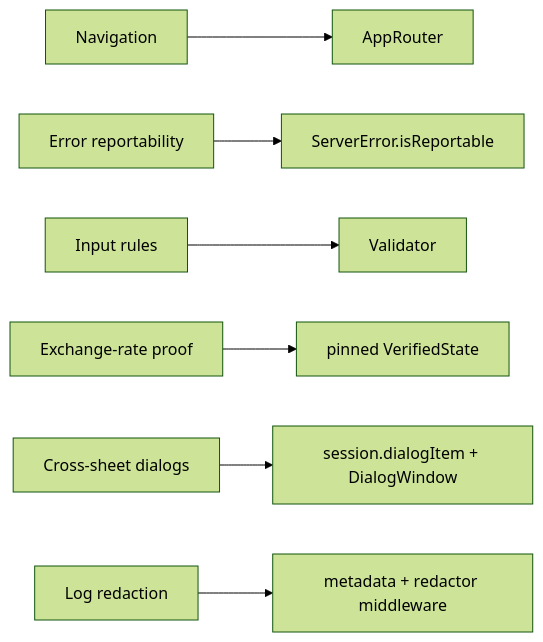
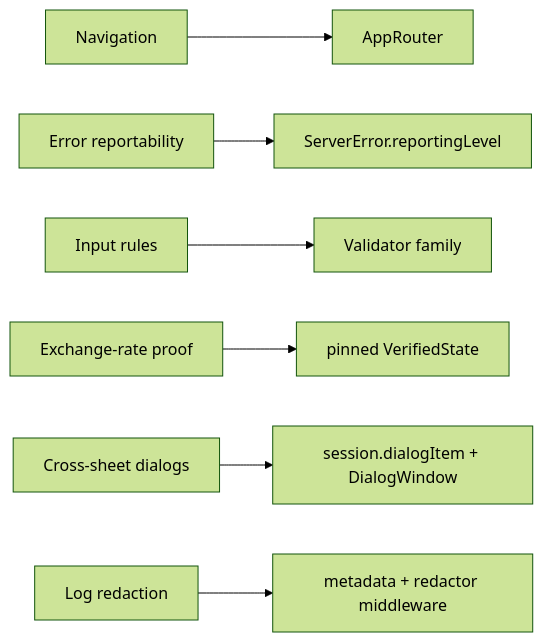
One commit to code-payments/code-ios-app changed the diagram in docs/architecture/10-separation-of-concerns.md. Above: the diagram before and after it, drawn with Mermaid (forest theme). The commit also changed other lines of this file and 13 other files, not shown here.

````diff
--- a/docs/architecture/10-separation-of-concerns.md
+++ b/docs/architecture/10-separation-of-concerns.md
@@ -5,9 +5,9 @@
 ```mermaid
 graph LR
     Nav["Navigation"] --> O1["AppRouter"]
-    Err["Error reportability"] --> O2["ServerError.isReportable"]
-    Val["Input rules"] --> O3["Validator"]
+    Err["Error reportability"] --> O2["ServerError.reportingLevel"]
+    Val["Input rules"] --> O3["Validator family"]
     Rate["Exchange-rate proof"] --> O4["pinned VerifiedState"]
     Dlg["Cross-sheet dialogs"] --> O5["session.dialogItem + DialogWindow"]
     LogR["Log redaction"] --> O6["metadata + redactor middleware"]
 ```
````
